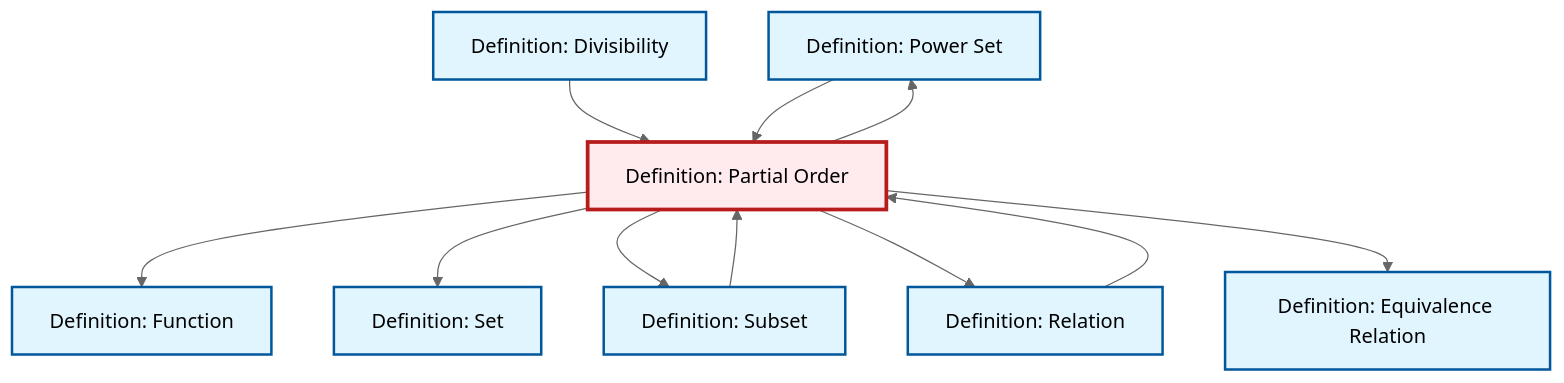
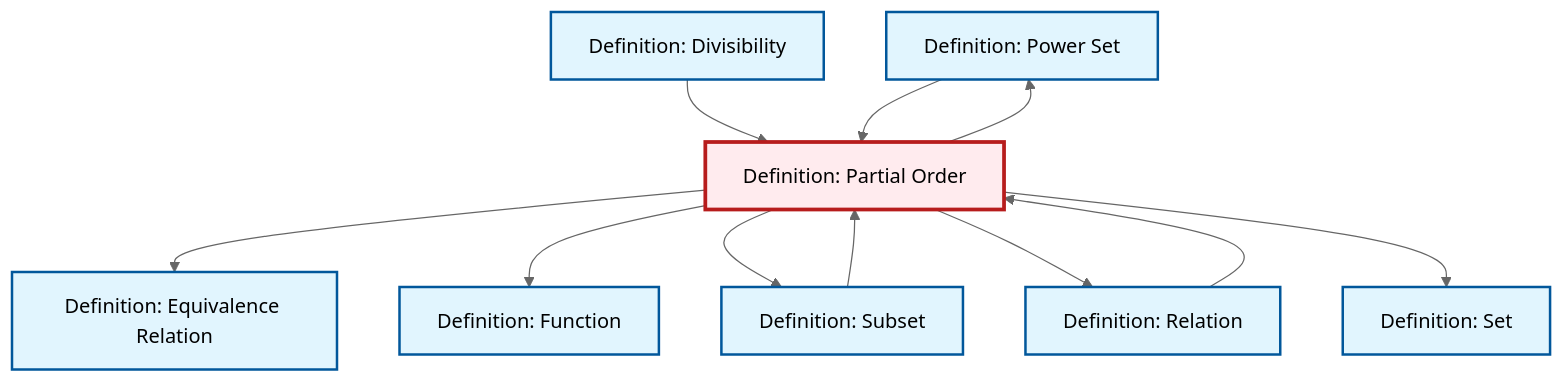
Before and after one commit to RK0429/ModernMath: the diagram in content/en/logic-set-theory/def-partial-order.qmd, drawn with Mermaid (neutral theme). The commit also changed other lines of this file and 654 other files, not shown here.

First line of the commit message:
fix: Update cross-references to equivalence relation in quotient ring definitions

````diff
--- a/content/en/logic-set-theory/def-partial-order.qmd
+++ b/content/en/logic-set-theory/def-partial-order.qmd
@@ -156,35 +156,35 @@
 ```{mermaid}
 %%| fig-cap: "Local dependency graph"
 graph TD
     classDef definition fill:#e1f5fe,stroke:#01579b,stroke-width:2px
     classDef theorem fill:#f3e5f5,stroke:#4a148c,stroke-width:2px
     classDef axiom fill:#fff3e0,stroke:#e65100,stroke-width:2px
     classDef example fill:#e8f5e9,stroke:#1b5e20,stroke-width:2px
     classDef current fill:#ffebee,stroke:#b71c1c,stroke-width:3px
+    def-set["Definition: Set"]:::definition
     def-power-set["Definition: Power Set"]:::definition
-    def-partial-order["Definition: Partial Order"]:::definition
+    def-divisibility["Definition: Divisibility"]:::definition
     def-equivalence-relation["Definition: Equivalence Relation"]:::definition
     def-subset["Definition: Subset"]:::definition
-    def-divisibility["Definition: Divisibility"]:::definition
+    def-relation["Definition: Relation"]:::definition
     def-function["Definition: Function"]:::definition
-    def-relation["Definition: Relation"]:::definition
-    def-set["Definition: Set"]:::definition
+    def-partial-order["Definition: Partial Order"]:::definition
+    def-partial-order --> def-equivalence-relation
+    def-divisibility --> def-partial-order
+    def-partial-order --> def-power-set
     def-partial-order --> def-function
-    def-partial-order --> def-set
-    def-subset --> def-partial-order
-    def-divisibility --> def-partial-order
+    def-power-set --> def-partial-order
     def-relation --> def-partial-order
     def-partial-order --> def-subset
+    def-subset --> def-partial-order
     def-partial-order --> def-relation
-    def-partial-order --> def-equivalence-relation
-    def-power-set --> def-partial-order
-    def-partial-order --> def-power-set
+    def-partial-order --> def-set
     class def-partial-order current
+    click def-set "def-set.html" "Go to Set definition"
     click def-power-set "def-power-set.html" "Go to Power Set definition"
+    click def-divisibility "def-divisibility.html" "Go to Divisibility definition"
     click def-equivalence-relation "def-equivalence-relation.html" "Go to Equivalence Relation definition"
     click def-subset "def-subset.html" "Go to Subset definition"
-    click def-divisibility "def-divisibility.html" "Go to Divisibility definition"
+    click def-relation "def-relation.html" "Go to Relation definition"
     click def-function "def-function.html" "Go to Function definition"
-    click def-relation "def-relation.html" "Go to Relation definition"
-    click def-set "def-set.html" "Go to Set definition"
 ```
````
